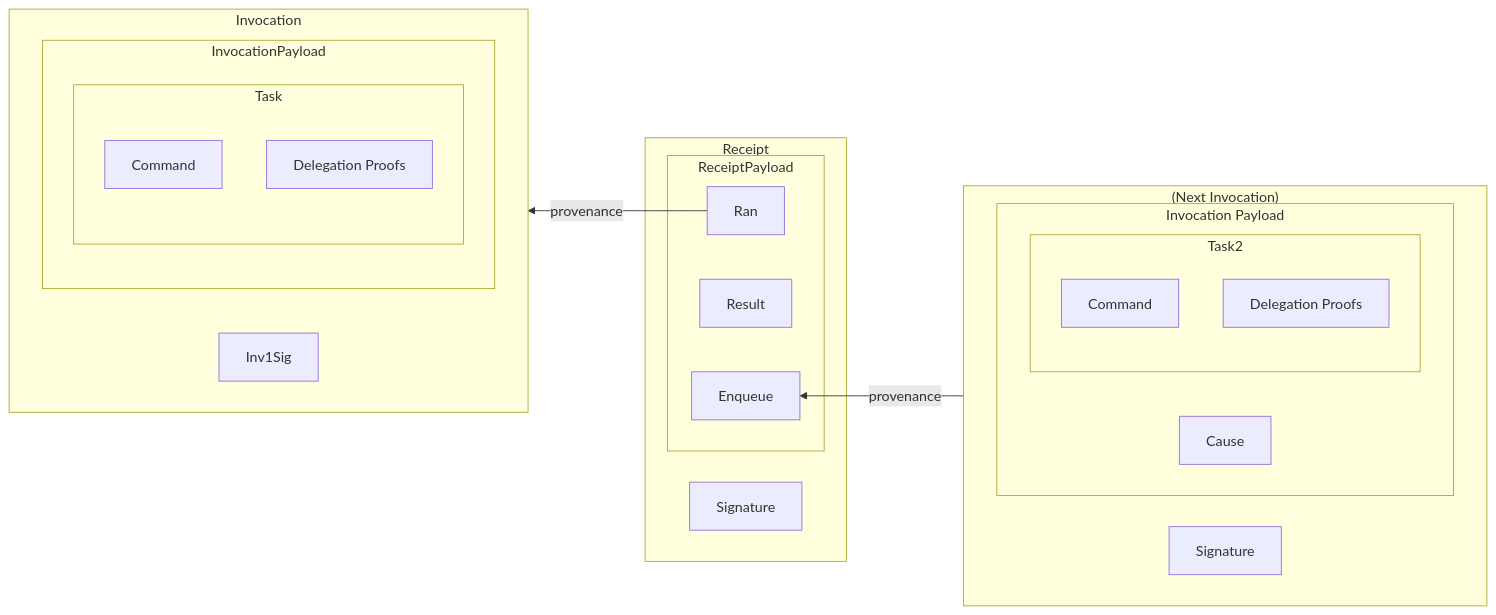
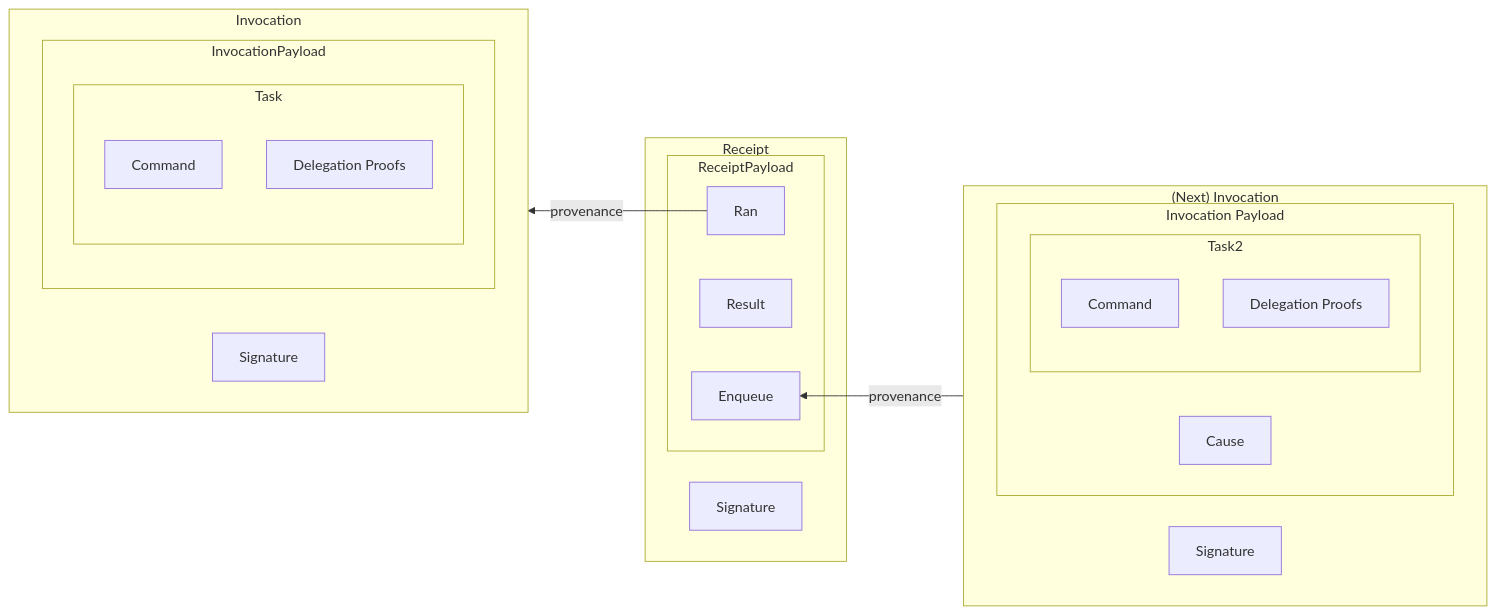
One commit to ucan-wg/invocation changed the second of 3 diagrams in README.md. Above: the diagram before and after it, drawn with Mermaid. The commit also changed other lines of this file, not shown here.

Commit message:
Note on Promises

````diff
--- a/README.md
+++ b/README.md
@@ -139,44 +143,44 @@
 ``` mermaid
 flowchart RL
     subgraph Invocation
         direction LR
         subgraph InvocationPayload
             subgraph Task
                 direction TB
 
                 Command
-                DelegationProofs["Delegation Proofs"]
+                DelegationProofs[Delegation Proofs]
             end
         end
 
-        Inv1Sig
+        Inv1Sig[Signature]
     end
 
     subgraph Receipt
         subgraph ReceiptPayload
             Ran
             Result
             Enqueue
         end
 
         RecSig[Signature]
     end
 
-    subgraph Invocation2["(Next Invocation)"]
+    subgraph Invocation2["(Next) Invocation"]
         direction RL
 
-        subgraph InvocationPayload2["Invocation Payload"]
+        subgraph InvocationPayload2[Invocation Payload]
             subgraph Task2
                 Command2["Command"]
-                DelegationProofs2["Delegation Proofs"]
+                DelegationProofs2[Delegation Proofs]
             end
 
             Cause
         end
 
         Inv2Sig[Signature]
     end
 
     Cause -->|provenance| Enqueue
     Ran   -->|provenance| Invocation
 ```
````
